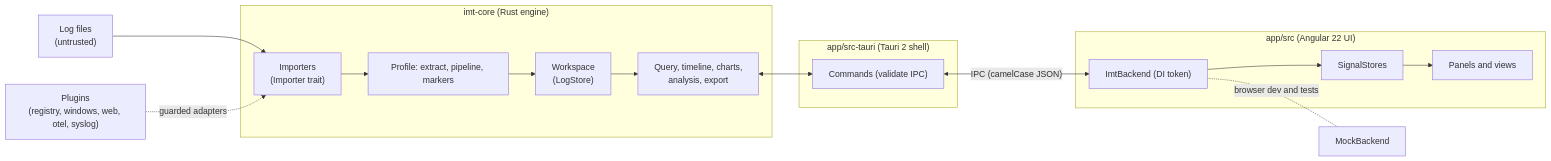
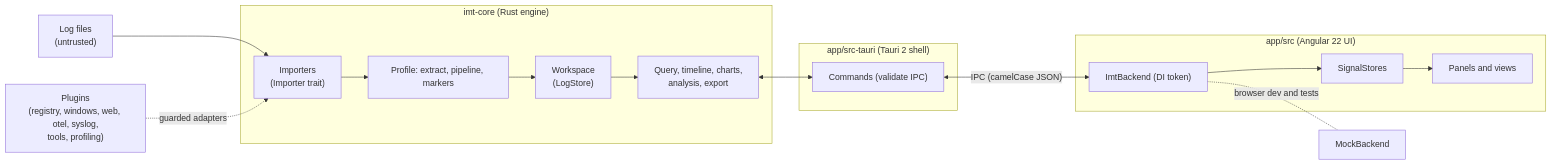
The diagram in README.md (decryp7/integrated_maintenance_tool), drawn with Mermaid before and after one commit. The commit also changed other lines of this file and 1123 other files, not shown here.

````diff
--- a/README.md
+++ b/README.md
@@ -483,19 +588,19 @@
 ```mermaid
 flowchart LR
   files["Log files<br/>(untrusted)"] --> imp["Importers<br/>(Importer trait)"]
-  plugins["Plugins<br/>(registry, windows, web, otel, syslog)"] -. "guarded adapters" .-> imp
+  plugins["Plugins<br/>(registry, windows, web, otel, syslog,<br/>tools, profiling)"] -. "guarded adapters" .-> imp
   subgraph core["imt-core (Rust engine)"]
     imp --> prof["Profile: extract, pipeline, markers"]
     prof --> ws["Workspace<br/>(LogStore)"]
     ws --> q["Query, timeline, charts,<br/>analysis, export"]
   end
   subgraph shell["app/src-tauri (Tauri 2 shell)"]
     cmds["Commands (validate IPC)"]
   end
   subgraph ui["app/src (Angular 22 UI)"]
     be["ImtBackend (DI token)"] --> stores["SignalStores"] --> views["Panels and views"]
   end
   q <--> cmds
   cmds <-- "IPC (camelCase JSON)" --> be
   be -. "browser dev and tests" .- mock["MockBackend"]
 ```
````
